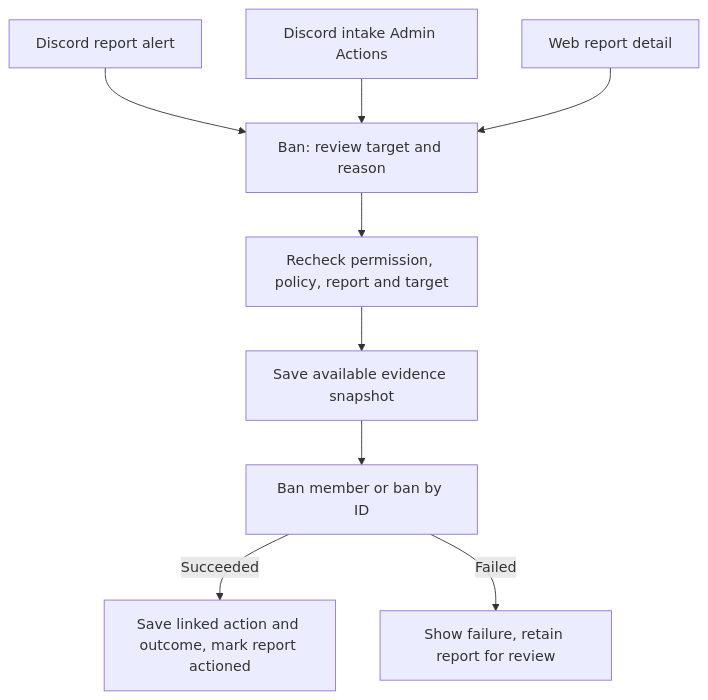
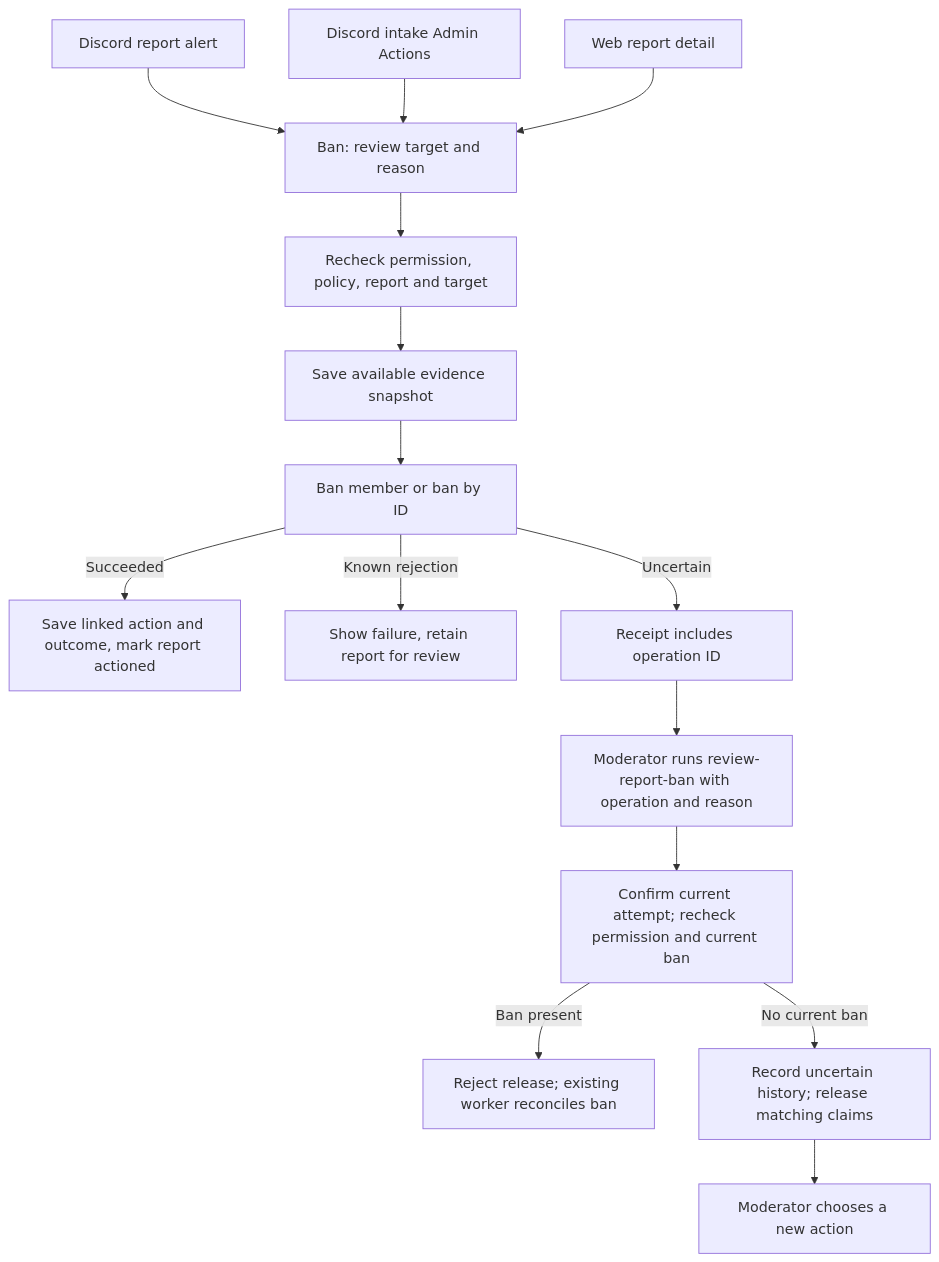
One commit to BASIC-BIT/drasil changed the diagram in docs/superpowers/specs/2026-10-15-verification-and-report-ban-design.md. Above: the diagram before and after it, drawn with Mermaid. The commit also changed other lines of this file and 22 other files, not shown here.

````diff
--- a/docs/superpowers/specs/2026-10-15-verification-and-report-ban-design.md
+++ b/docs/superpowers/specs/2026-10-15-verification-and-report-ban-design.md
@@ -15,11 +15,17 @@
 ```mermaid
 flowchart TD
   A[Discord report alert] --> D[Ban: review target and reason]
   B[Discord intake Admin Actions] --> D
   C[Web report detail] --> D
   D --> E[Recheck permission, policy, report and target]
   E --> F[Save available evidence snapshot]
   F --> G[Ban member or ban by ID]
   G -->|Succeeded| H[Save linked action and outcome, mark report actioned]
-  G -->|Failed| I[Show failure, retain report for review]
+  G -->|Known rejection| I[Show failure, retain report for review]
+  G -->|Uncertain| J[Receipt includes operation ID]
+  J --> K[Moderator runs review-report-ban with operation and reason]
+  K --> L[Confirm current attempt; recheck permission and current ban]
+  L -->|Ban present| O[Reject release; existing worker reconciles ban]
+  L -->|No current ban| M[Record uncertain history; release matching claims]
+  M --> N[Moderator chooses a new action]
 ```
````
